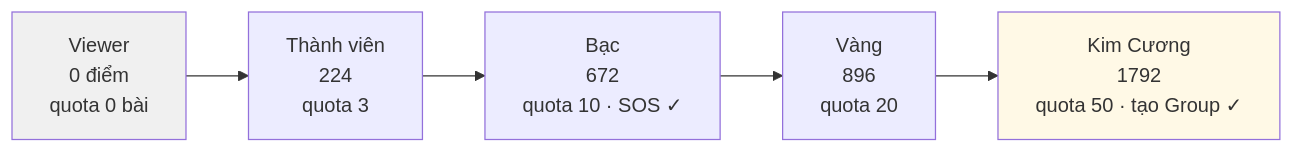
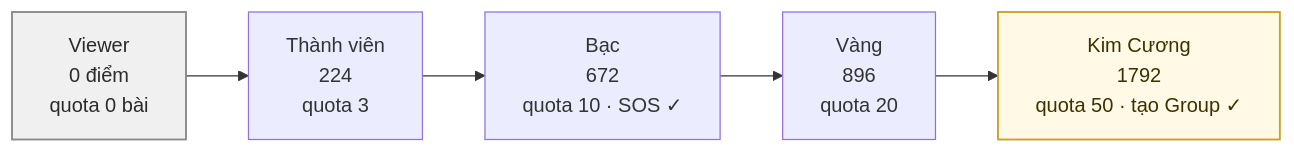
The first of 7 diagrams in docs/diagram/12-rank.md (fdshn/trueheart), drawn with Mermaid before and after one commit. The commit also changed other lines of this file and 30 other files, not shown here.

First line of the commit message:
docs(diagram): chữ trong khối tô màu đọc được ở cả giao diện sáng và tối

````diff
--- a/docs/diagram/12-rank.md
+++ b/docs/diagram/12-rank.md
@@ -8,10 +8,10 @@
 ```mermaid
 flowchart LR
     V["Viewer<br/>0 điểm<br/>quota 0 bài"] --> M["Thành viên<br/>224<br/>quota 3"]
     M --> S["Bạc<br/>672<br/>quota 10 · SOS ✓"]
     S --> G["Vàng<br/>896<br/>quota 20"]
     G --> D["Kim Cương<br/>1792<br/>quota 50 · tạo Group ✓"]
 
-    style V fill:#f0f0f0
-    style D fill:#fff9e6
+    style V fill:#f0f0f0,stroke:#8a8a8a,stroke-width:1.5px,color:#2b2b2b
+    style D fill:#fff9e6,stroke:#c9a227,stroke-width:1.5px,color:#3d3000
 ```
````
